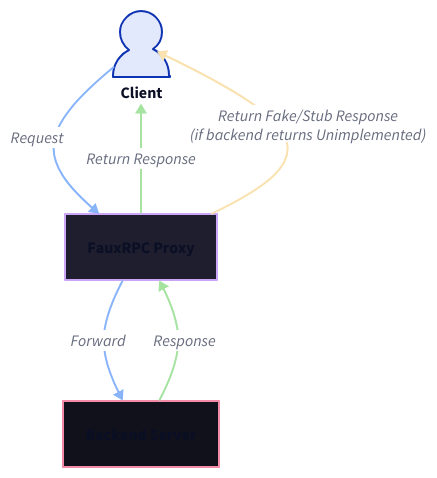
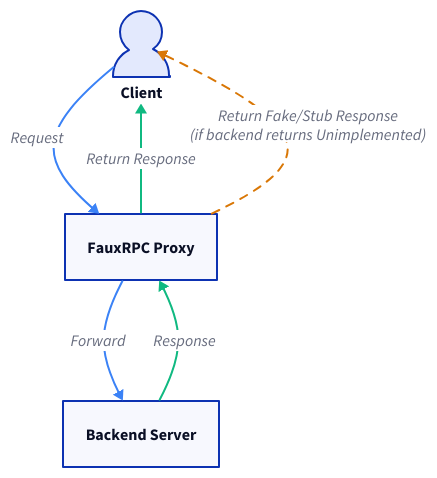
Before and after one commit to sudorandom/kmcd.dev: the diagram in content/posts/2026/fauxrpc-proxy/index.md, drawn with D2. The commit also changed 18 other files, not shown here.

````diff
--- a/content/posts/2026/fauxrpc-proxy/index.md
+++ b/content/posts/2026/fauxrpc-proxy/index.md
@@ -27,37 +27,37 @@
 ```d2
 direction: down
 
 client: Client {
   shape: person
 }
 
-fauxrpc: FauxRPC Proxy {
-  style.fill: "#1e1e2e"
-  style.stroke: "#cba6f7"
-}
+fauxrpc: FauxRPC Proxy
 
-upstream: Backend Server {
-  style.fill: "#11111b"
-  style.stroke: "#f38ba8"
-}
+upstream: Backend Server
 
 client -> fauxrpc: "Request" {
-  style.stroke: "#89b4fa"
+  style.stroke: "#3b82f6"
+  style.stroke-width: 2
 }
 
 # Scenario A: Implemented endpoints
 fauxrpc -> upstream: "Forward" {
-  style.stroke: "#89b4fa"
+  style.stroke: "#3b82f6"
+  style.stroke-width: 2
 }
 upstream -> fauxrpc: "Response" {
-  style.stroke: "#a6e3a1"
+  style.stroke: "#10b981"
+  style.stroke-width: 2
 }
 fauxrpc -> client: "Return Response" {
-  style.stroke: "#a6e3a1"
+  style.stroke: "#10b981"
+  style.stroke-width: 2
 }
 
 # Scenario B: Unimplemented endpoints (Fallback)
 fauxrpc -> client: "Return Fake/Stub Response\n(if backend returns Unimplemented)" {
-  style.stroke: "#f9e2af"
+  style.stroke: "#d97706"
+  style.stroke-width: 2
+  style.stroke-dash: 4
 }
 ```
````
